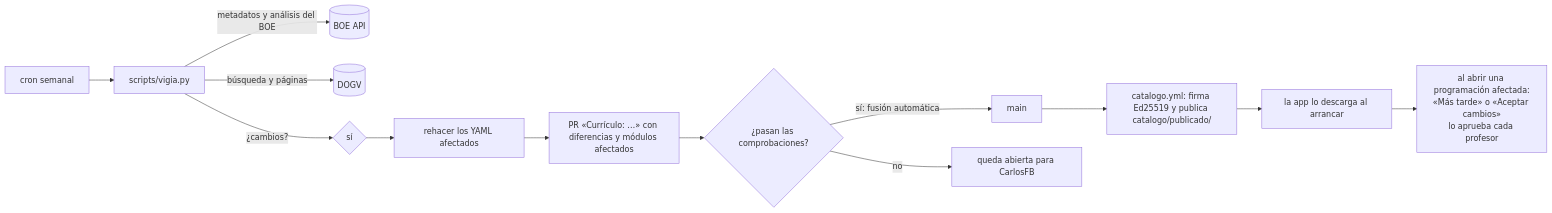
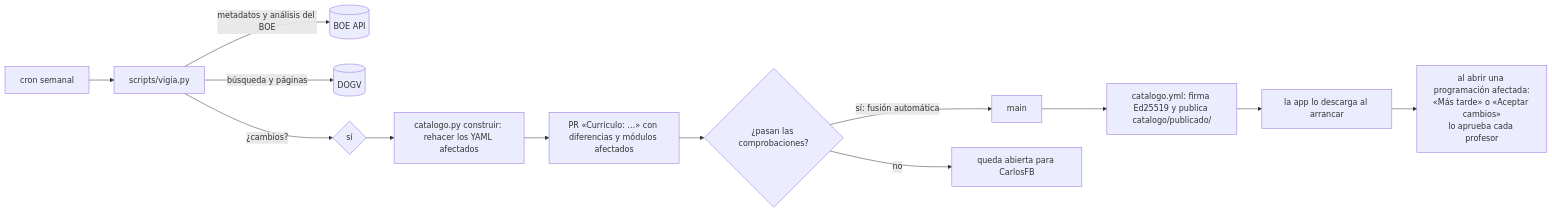
Before and after one commit to cferrerobonet/programaciones_fp: the diagram in docs/CATALOGO_Y_FUENTES.md, drawn with Mermaid. The commit also changed other lines of this file and 9 other files, not shown here.

````diff
--- a/docs/CATALOGO_Y_FUENTES.md
+++ b/docs/CATALOGO_Y_FUENTES.md
@@ -24,15 +28,15 @@
 ```mermaid
 flowchart LR
   C[cron semanal] --> V[scripts/vigia.py]
   V -->|metadatos y análisis del BOE| B[(BOE API)]
   V -->|búsqueda y páginas| D[(DOGV)]
   V -->|¿cambios?| X{sí}
-  X --> R[rehacer los YAML afectados]
+  X --> R[catalogo.py construir: rehacer los YAML afectados]
   R --> PR[PR «Currículo: …» con diferencias y módulos afectados]
   PR --> K{¿pasan las comprobaciones?}
   K -->|sí: fusión automática| M[main]
   K -->|no| CF[queda abierta para CarlosFB]
   M --> F[catalogo.yml: firma Ed25519 y publica catalogo/publicado/]
   F --> A[la app lo descarga al arrancar]
   A --> P[al abrir una programación afectada:<br>«Más tarde» o «Aceptar cambios»<br>lo aprueba cada profesor]
 ```
````
